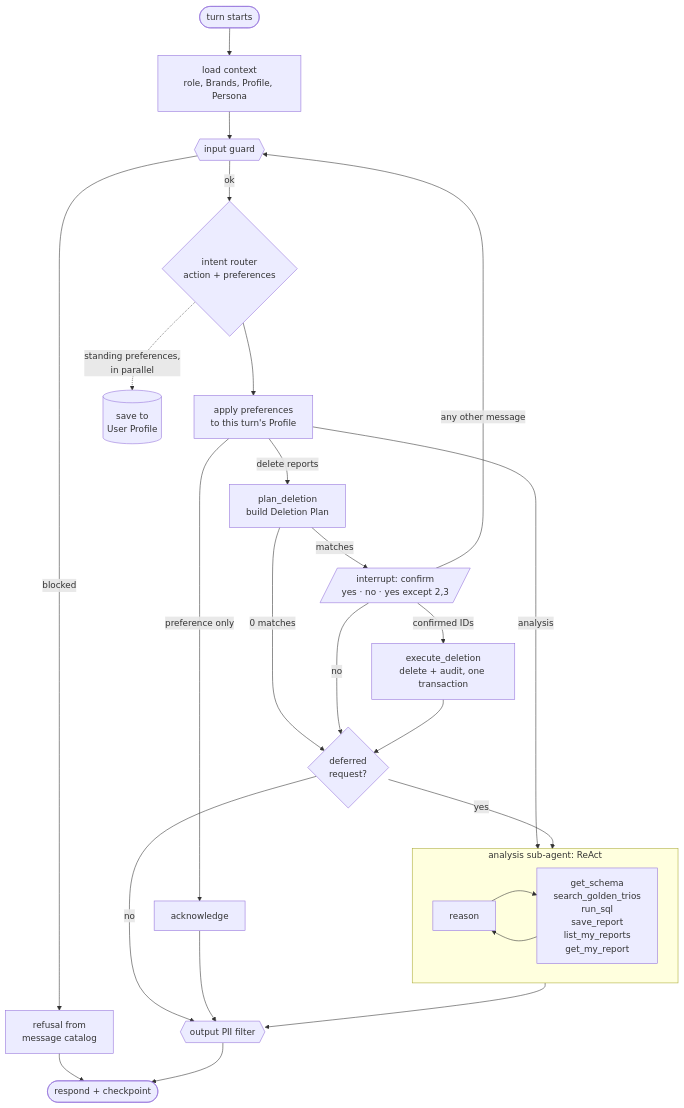
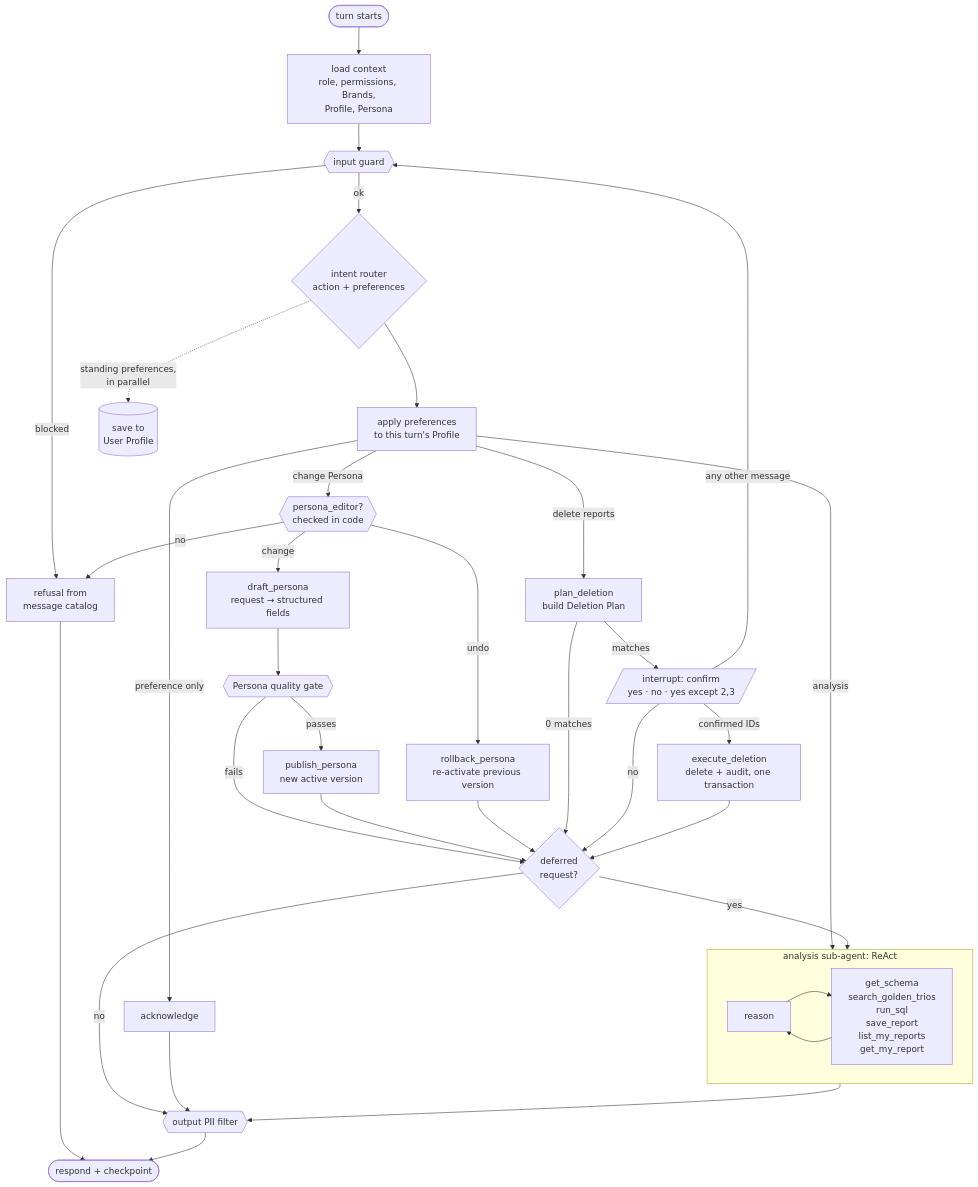
The second of 2 diagrams in docs/hld/01-architecture.md (sternyishai/opsfleet-test), drawn with Mermaid before and after one commit. The commit also changed other lines of this file, not shown here.

Commit message:
docs(hld): add the persona-change branch to the agent graph
The CEO can now change the persona in chat, so the router needs a
fourth action and the graph a fixed branch with a permission check and
the quality gate from 09.

````diff
--- a/docs/hld/01-architecture.md
+++ b/docs/hld/01-architecture.md
@@ -85,34 +85,44 @@
 ```mermaid
 flowchart TD
-    START([turn starts]) --> ctx[load context<br/>role, Brands, Profile, Persona]
+    START([turn starts]) --> ctx[load context<br/>role, permissions, Brands,<br/>Profile, Persona]
     ctx --> guard{{input guard}}
     guard -- blocked --> refuse[refusal from<br/>message catalog]
     guard -- ok --> router{intent router<br/>action + preferences}
 
     router --> apply[apply preferences<br/>to this turn's Profile]
     router -. standing preferences,<br/>in parallel .-> persist[(save to<br/>User Profile)]
 
     apply -- analysis --> analysis
     apply -- delete reports --> plan[plan_deletion<br/>build Deletion Plan]
     apply -- preference only --> ack[acknowledge]
+    apply -- change Persona --> perm{{persona_editor?<br/>checked in code}}
 
     subgraph analysis [analysis sub-agent: ReAct]
         direction LR
         think[reason] --> tools[get_schema<br/>search_golden_trios<br/>run_sql<br/>save_report<br/>list_my_reports<br/>get_my_report]
         tools --> think
     end
+
+    perm -- no --> refuse
+    perm -- change --> draft[draft_persona<br/>request → structured fields]
+    perm -- undo --> rb[rollback_persona<br/>re-activate previous version]
+    draft --> gate{{Persona quality gate}}
+    gate -- passes --> pub[publish_persona<br/>new active version]
+    gate -- fails --> after
+    pub --> after
+    rb --> after
 
     plan -- 0 matches --> after
     plan -- matches --> confirm[/interrupt: confirm<br/>yes · no · yes except 2,3/]
     confirm -- confirmed IDs --> exec[execute_deletion<br/>delete + audit, one transaction]
     confirm -- no --> after
     confirm -- any other message --> guard
     exec --> after{deferred<br/>request?}
     after -- yes --> analysis
     after -- no --> pii
 
     analysis --> pii{{output PII filter}}
     ack --> pii
     refuse --> respond
     pii --> respond([respond + checkpoint])
 ```
````
